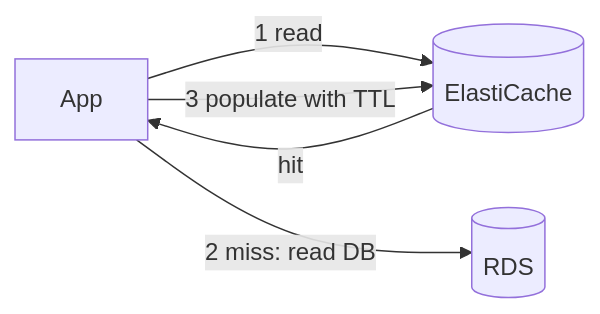
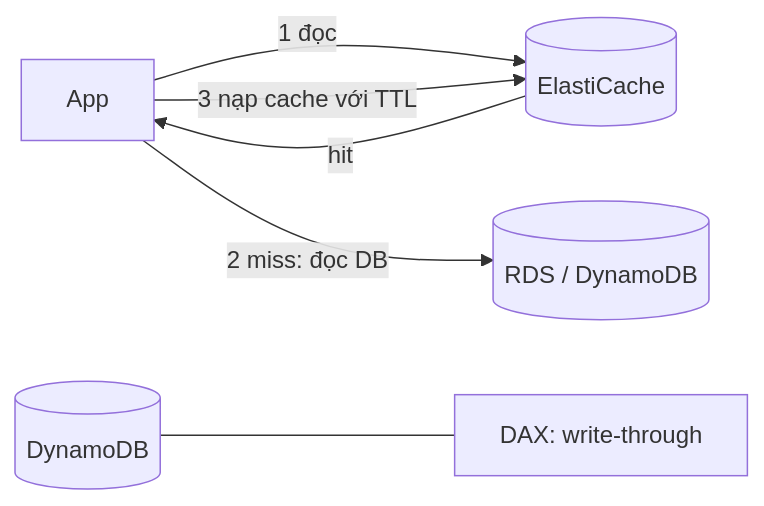
Before and after one commit to passion-Infinity/personal-tech-playbook: the diagram in src/assets/knowledge/playbooks/aws/elasticache-caching.md, drawn with Mermaid. The commit also changed other lines of this file and 6 other files, not shown here.

First line of the commit message:
Deep-dive rewrite: AWS security, ElastiCache, hybrid/migration, CI/CD, advanced networking, database portfolio

````diff
--- a/src/assets/knowledge/playbooks/aws/elasticache-caching.md
+++ b/src/assets/knowledge/playbooks/aws/elasticache-caching.md
@@ -17,7 +35,8 @@
 ```mermaid
 flowchart LR
-    APP[App] -->|1 read| C[("ElastiCache")]
+    APP[App] -->|"1 đọc"| C[("ElastiCache")]
     C -->|hit| APP
-    APP -->|"2 miss: read DB"| DB[("RDS")]
-    APP -->|"3 populate with TTL"| C
+    APP -->|"2 miss: đọc DB"| DB[("RDS / DynamoDB")]
+    APP -->|"3 nạp cache với TTL"| C
+    DDB[(DynamoDB)] --- DAX["DAX: write-through"]
 ```
````
